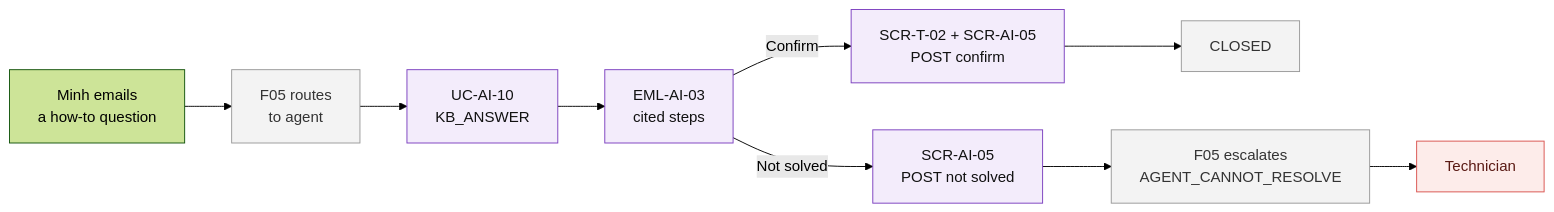
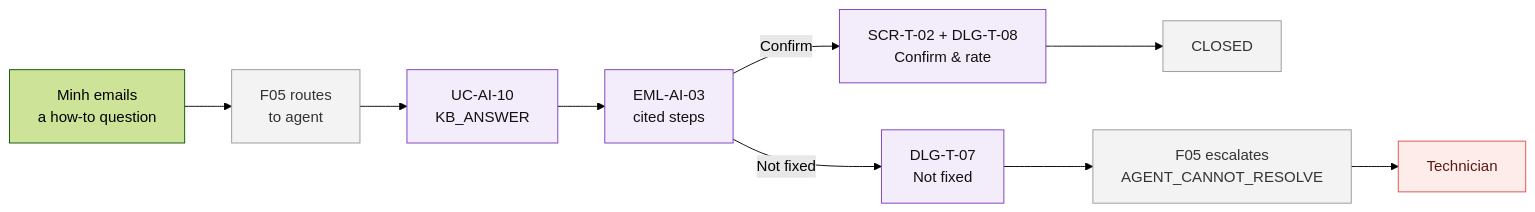
One commit to Akaza-ban/Fable changed the second of 7 diagrams in docs/f04-ai-ticket-processing/information-architecture/02-user-flows.md. Above: the diagram before and after it, drawn with Mermaid (forest theme). The commit also changed other lines of this file and 2 other files, not shown here.

````diff
--- a/docs/f04-ai-ticket-processing/information-architecture/02-user-flows.md
+++ b/docs/f04-ai-ticket-processing/information-architecture/02-user-flows.md
@@ -41,18 +41,18 @@
 ```mermaid
 flowchart LR
     a["Minh emails<br/>a how-to question"] --> b["F05 routes<br/>to agent"]
     b --> c["UC-AI-10<br/>KB_ANSWER"]
     c --> d["EML-AI-03<br/>cited steps"]
-    d -- "Confirm" --> e["SCR-T-02 + SCR-AI-05<br/>POST confirm"]
+    d -- "Confirm" --> e["SCR-T-02 + DLG-T-08<br/>Confirm & rate"]
     e --> f["CLOSED"]
-    d -- "Not solved" --> g["SCR-AI-05<br/>POST not solved"]
+    d -- "Not fixed" --> g["DLG-T-07<br/>Not fixed"]
     g --> h["F05 escalates<br/>AGENT_CANNOT_RESOLVE"]
     h --> i["Technician"]
 
     classDef f04 fill:#f3ecfb,color:#111,stroke:#7b3fbf
     classDef other fill:#f3f3f3,color:#333,stroke:#999
     classDef human fill:#fdecea,color:#5a1a14,stroke:#d9534f
     class c,d,e,g f04
     class b,f,h other
     class i human
 ```
````
